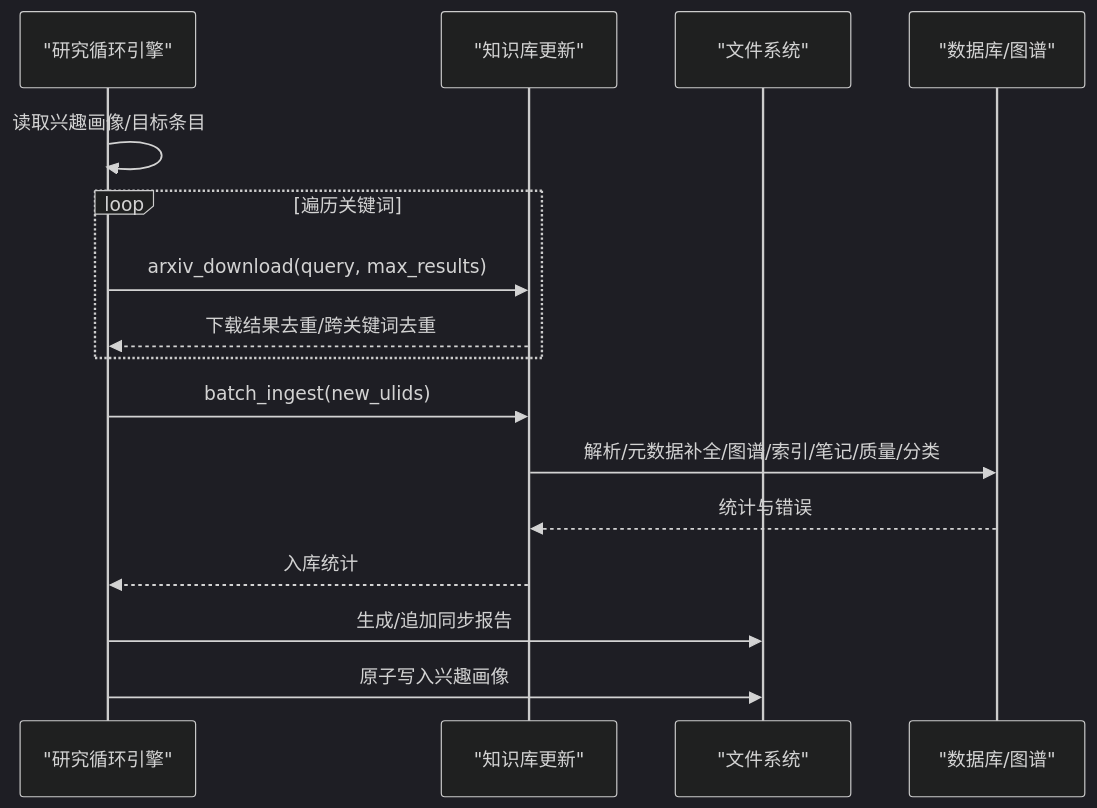
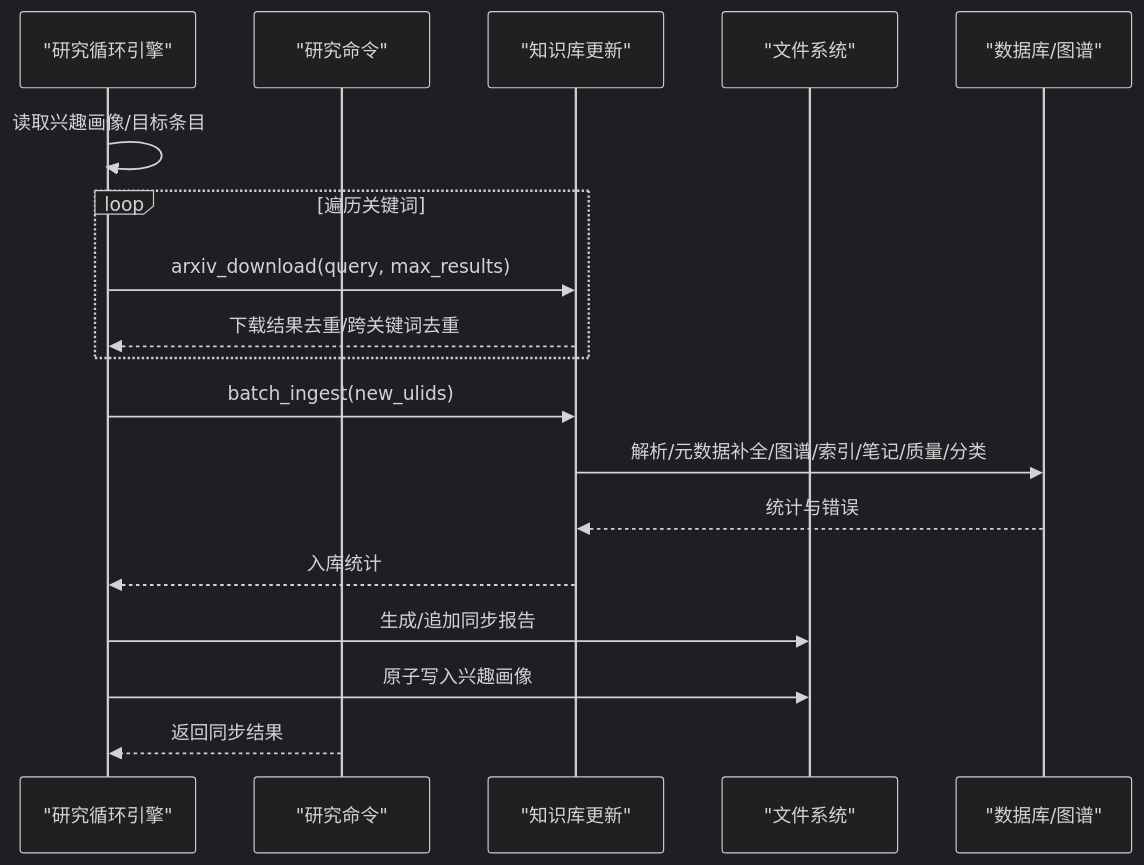
One commit to 1173591564/academic-based-qoder changed the fifth of 9 diagrams in .qoder/repowiki/zh/content/Python后端系统/研究循环引擎.md. Above: the diagram before and after it, drawn with Mermaid (dark theme). The commit also changed other lines of this file and 68 other files, not shown here.

````diff
--- a/.qoder/repowiki/zh/content/Python后端系统/研究循环引擎.md
+++ b/.qoder/repowiki/zh/content/Python后端系统/研究循环引擎.md
@@ -226,18 +243,20 @@
 ```mermaid
 sequenceDiagram
 participant RL as "研究循环引擎"
+participant ROPS as "研究命令"
 participant KBU as "知识库更新"
 participant FS as "文件系统"
 participant DB as "数据库/图谱"
 RL->>RL : 读取兴趣画像/目标条目
 loop 遍历关键词
 RL->>KBU : arxiv_download(query, max_results)
 KBU-->>RL : 下载结果去重/跨关键词去重
 end
 RL->>KBU : batch_ingest(new_ulids)
 KBU->>DB : 解析/元数据补全/图谱/索引/笔记/质量/分类
 DB-->>KBU : 统计与错误
 KBU-->>RL : 入库统计
 RL->>FS : 生成/追加同步报告
 RL->>FS : 原子写入兴趣画像
+ROPS-->>RL : 返回同步结果
 ```
````
